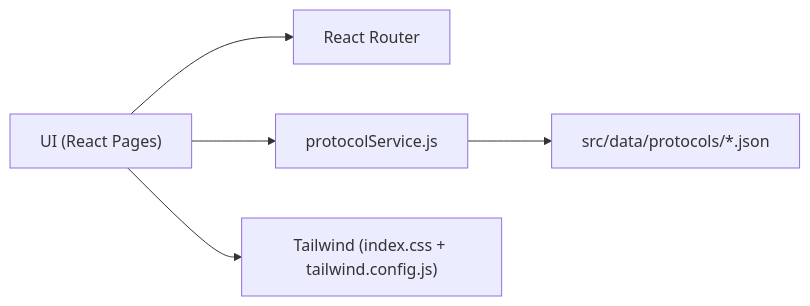
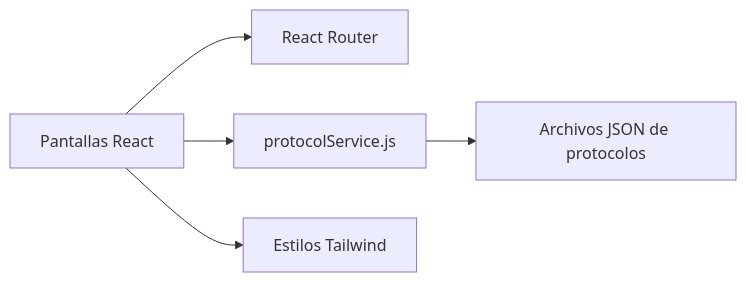
Before and after one commit to GRAN-J/sportmetric: the first of 2 diagrams in README.md, drawn with Mermaid. The commit also changed other lines of this file and 4 other files, not shown here.

Commit message:
docs: actualiza traducciones y diagramas mermaid

````diff
--- a/README.md
+++ b/README.md
@@ -81,7 +81,7 @@
 ```mermaid
 flowchart LR
-  UI["UI (React Pages)"] --> Router["React Router"]
-  UI --> Service["protocolService.js"]
-  Service --> Data["src/data/protocols/*.json"]
-  UI --> Styles["Tailwind (index.css + tailwind.config.js)"]
+  A["Pantallas React"] --> B["React Router"]
+  A --> C["protocolService.js"]
+  C --> D["Archivos JSON de protocolos"]
+  A --> E["Estilos Tailwind"]
 ```
````
